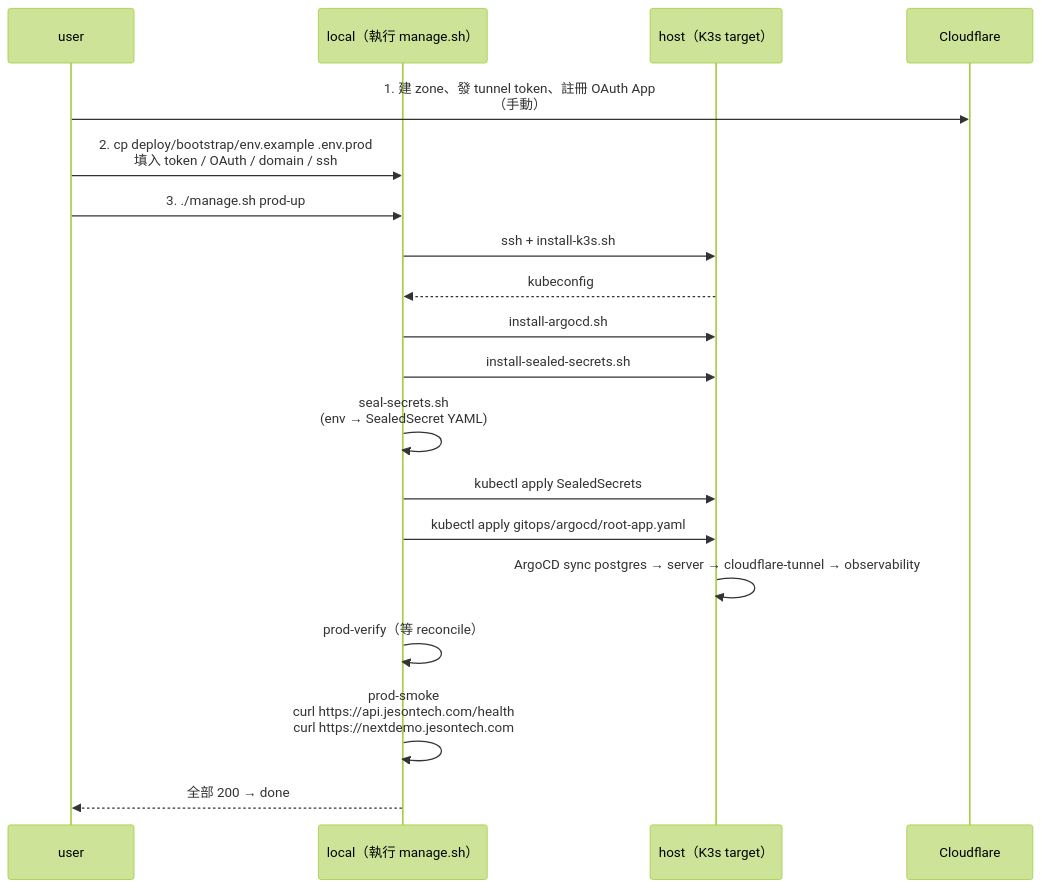
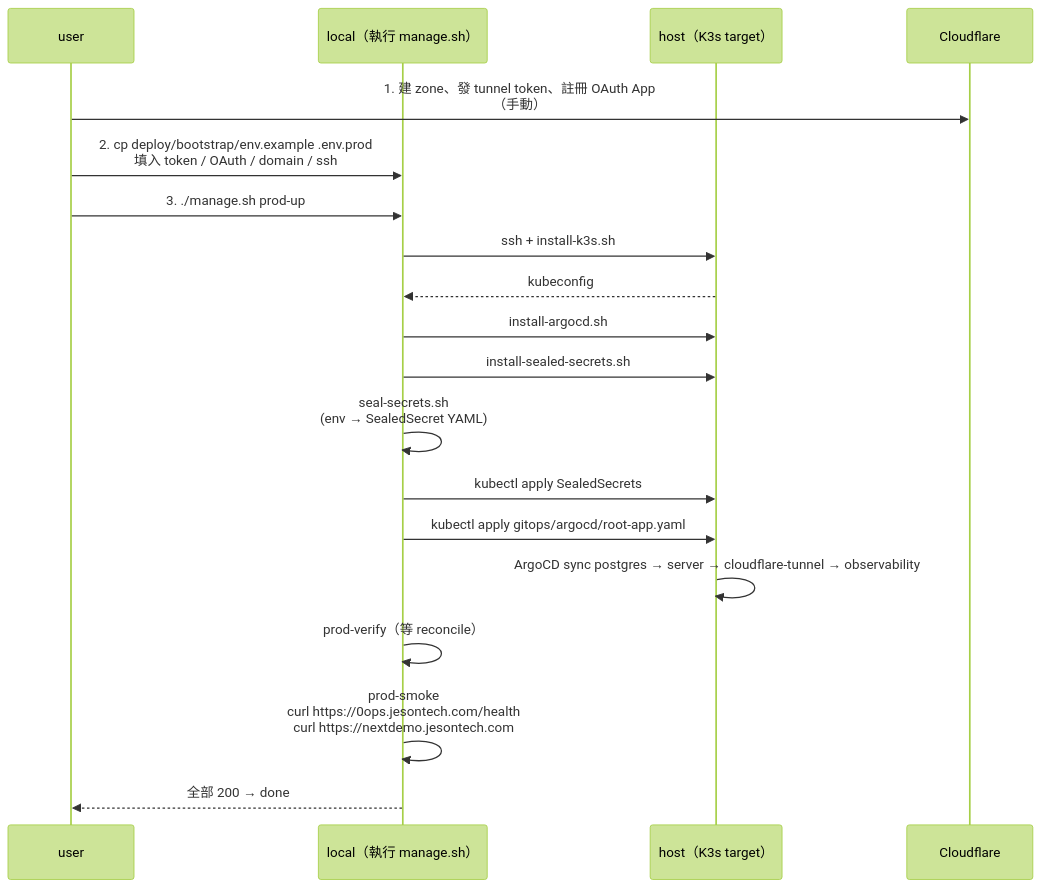
The second of 2 diagrams in docs/features/production-deployment/spec.md (wusung/0ops), drawn with Mermaid (forest theme) before and after one commit. The commit also changed other lines of this file and 11 other files, not shown here.

First line of the commit message:
Rename production API host to 0ops.jesontech.com

````diff
--- a/docs/features/production-deployment/spec.md
+++ b/docs/features/production-deployment/spec.md
@@ -103,22 +103,22 @@
 ```mermaid
 sequenceDiagram
   participant U as user
   participant L as local（執行 manage.sh）
   participant H as host（K3s target）
   participant CF as Cloudflare
 
   U->>CF: 1. 建 zone、發 tunnel token、註冊 OAuth App<br/>（手動）
   U->>L: 2. cp deploy/bootstrap/env.example .env.prod<br/>填入 token / OAuth / domain / ssh
   U->>L: 3. ./manage.sh prod-up
   L->>H: ssh + install-k3s.sh
   H-->>L: kubeconfig
   L->>H: install-argocd.sh
   L->>H: install-sealed-secrets.sh
   L->>L: seal-secrets.sh<br/>(env → SealedSecret YAML)
   L->>H: kubectl apply SealedSecrets
   L->>H: kubectl apply gitops/argocd/root-app.yaml
   H->>H: ArgoCD sync postgres → server → cloudflare-tunnel → observability
   L->>L: prod-verify（等 reconcile）
-  L->>L: prod-smoke<br/>curl https://api.jesontech.com/health<br/>curl https://nextdemo.jesontech.com
+  L->>L: prod-smoke<br/>curl https://0ops.jesontech.com/health<br/>curl https://nextdemo.jesontech.com
   L-->>U: 全部 200 → done
 ```
````
